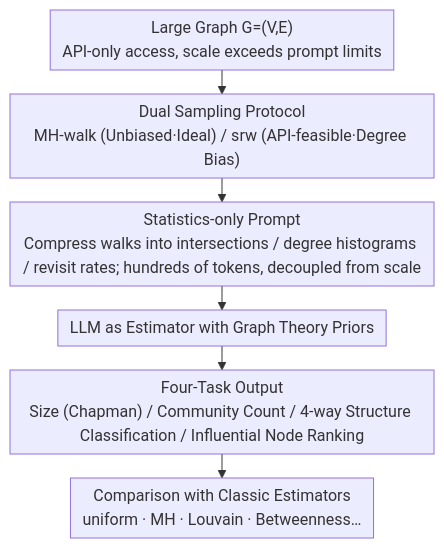
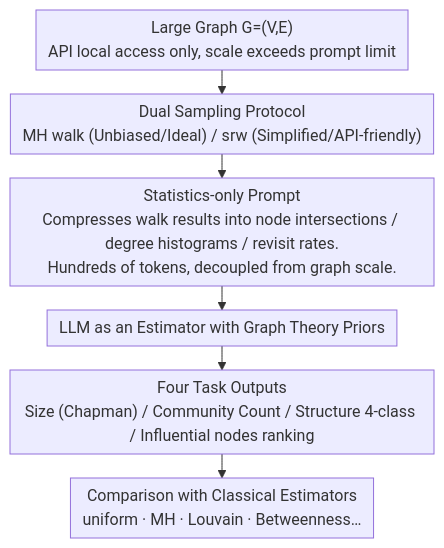
The diagram in docs/ACL2026/graph_learning/evaluating_llms_on_large-scale_graph_property_estimation_via_random_walks.md (zhaoyang97/Paper-Notes-en), drawn with Mermaid before and after one commit. The commit also changed other lines of this file and 5084 other files, not shown here.

````diff
--- a/docs/ACL2026/graph_learning/evaluating_llms_on_large-scale_graph_property_estimation_via_random_walks.md
+++ b/docs/ACL2026/graph_learning/evaluating_llms_on_large-scale_graph_property_estimation_via_random_walks.md
@@ -48,9 +48,9 @@
 ```mermaid
 %%{init: {'flowchart': {'rankSpacing': 24, 'nodeSpacing': 28, 'padding': 6, 'wrappingWidth': 400}}}%%
 flowchart TD
-    A["Large Graph G=(V,E)<br/>API-only access, scale exceeds prompt limits"] --> B["Dual Sampling Protocol<br/>MH-walk (Unbiased·Ideal) / srw (API-feasible·Degree Bias)"]
-    B --> C["Statistics-only Prompt<br/>Compress walks into intersections / degree histograms / revisit rates; hundreds of tokens, decoupled from scale"]
-    C --> D["LLM as Estimator with Graph Theory Priors"]
-    D --> E["Four-Task Output<br/>Size (Chapman) / Community Count / 4-way Structure Classification / Influential Node Ranking"]
-    E --> F["Comparison with Classic Estimators<br/>uniform · MH · Louvain · Betweenness…"]
+    A["Large Graph G=(V,E)<br/>API local access only, scale exceeds prompt limit"] --> B["Dual Sampling Protocol<br/>MH walk (Unbiased/Ideal) / srw (Simplified/API-friendly)"]
+    B --> C["Statistics-only Prompt<br/>Compresses walk results into node intersections / degree histograms / revisit rates.<br/>Hundreds of tokens, decoupled from graph scale."]
+    C --> D["LLM as an Estimator with Graph Theory Priors"]
+    D --> E["Four Task Outputs<br/>Size (Chapman) / Community Count / Structure 4-class / Influential nodes ranking"]
+    E --> F["Comparison with Classical Estimators<br/>uniform · MH · Louvain · Betweenness…"]
 ```
````
